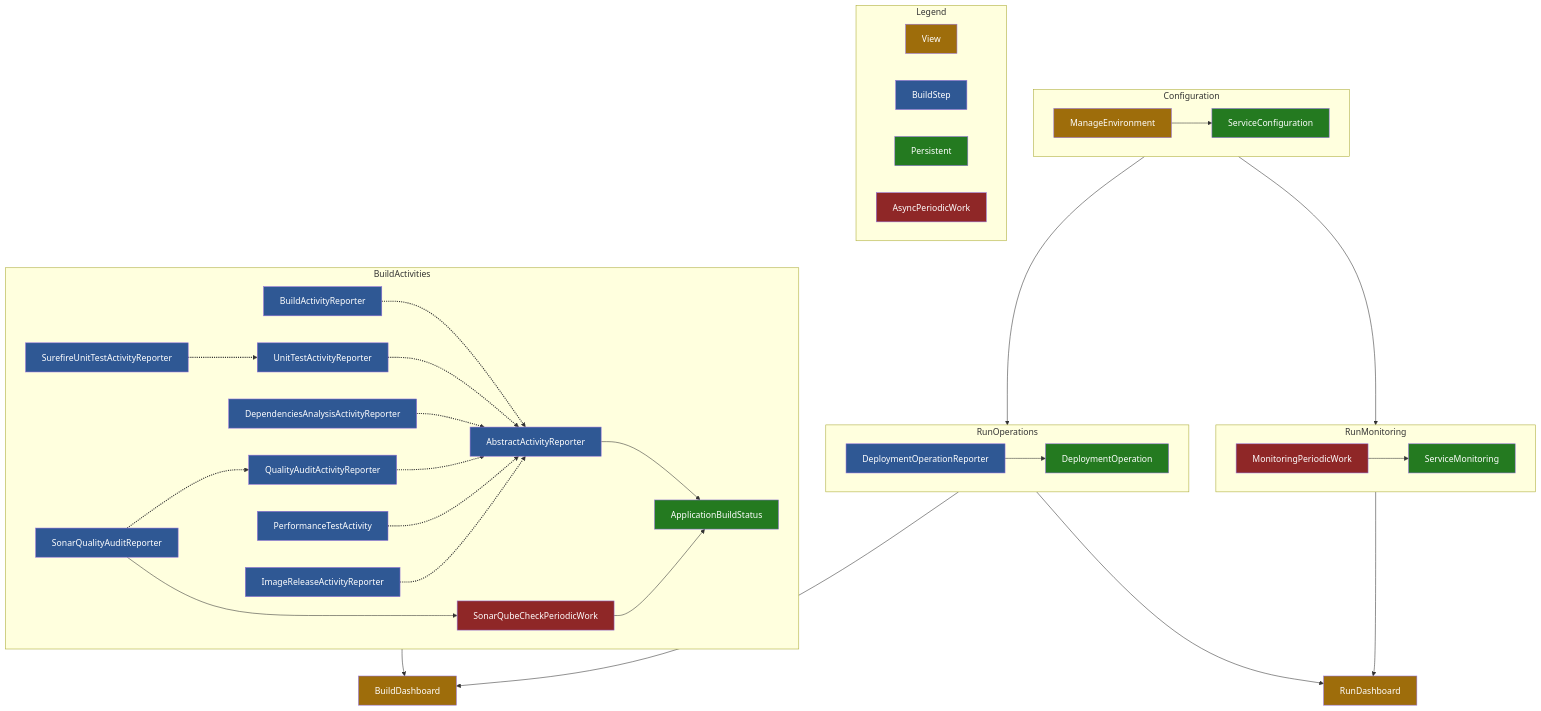
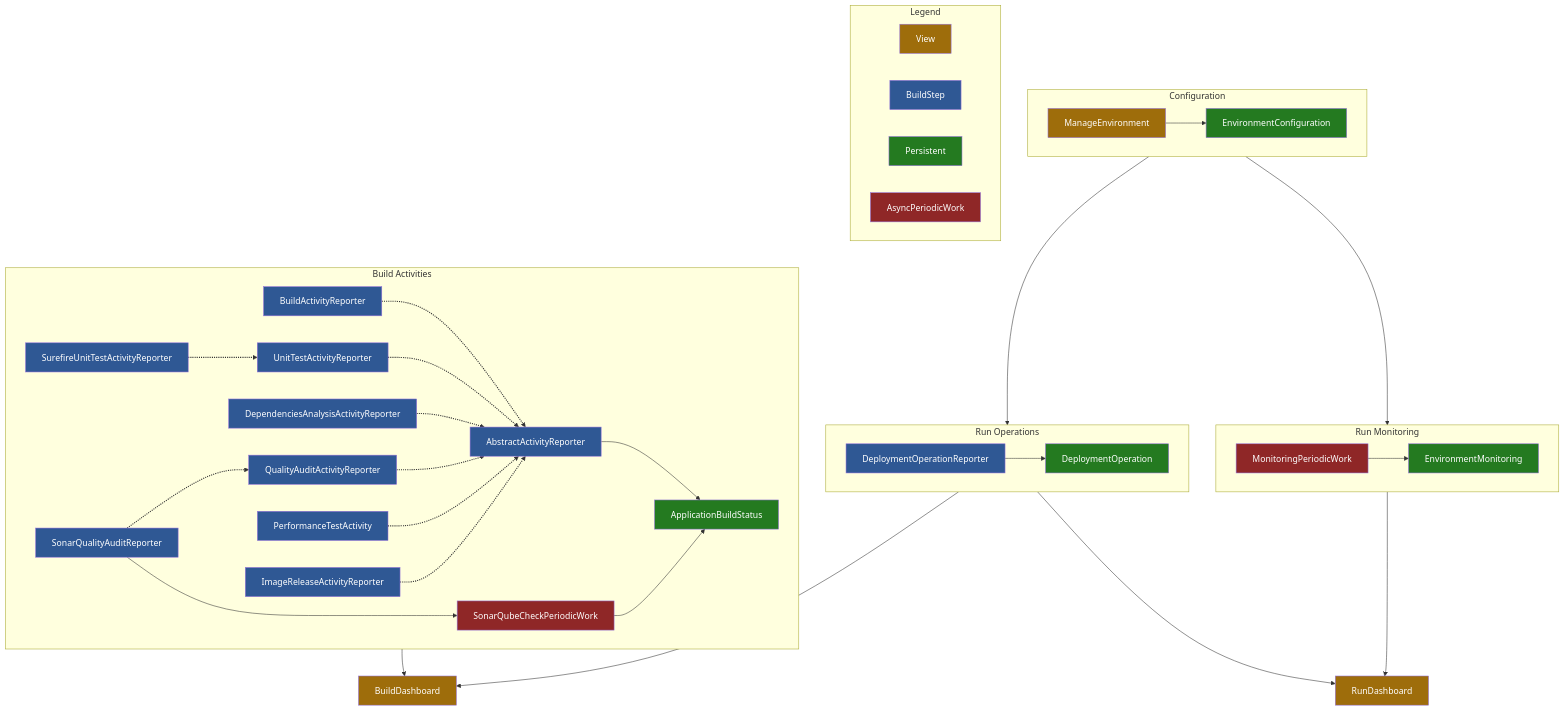
One commit to jenkinsci/devops-portal-plugin changed the diagram in README.md. Above: the diagram before and after it, drawn with Mermaid. The commit also changed other lines of this file and 2 other files, not shown here.

````diff
--- a/README.md
+++ b/README.md
@@ -378,49 +378,49 @@
 ```mermaid
 flowchart TD
 
     subgraph Configuration
-    ManageEnvironment:::view --> ServiceConfiguration:::entity
+    ManageEnvironment:::view --> EnvironmentConfiguration:::entity
     end
     
     subgraph Legend
     View:::view
     BuildStep:::reporter
     Persistent:::entity
     AsyncPeriodicWork:::worker
     end
     
-    subgraph RunOperations
+    subgraph RunOperations[Run Operations]
     DeploymentOperationReporter:::reporter --> DeploymentOperation:::entity
     end
     
-    subgraph RunMonitoring
-    MonitoringPeriodicWork:::worker --> ServiceMonitoring:::entity
+    subgraph RunMonitoring[Run Monitoring]
+    MonitoringPeriodicWork:::worker --> EnvironmentMonitoring:::entity
     end
     
-    subgraph BuildActivities
+    subgraph BuildActivities[Build Activities]
     BuildActivityReporter:::reporter -.-> AbstractActivityReporter:::reporter
     UnitTestActivityReporter:::reporter -.-> AbstractActivityReporter:::reporter
     SurefireUnitTestActivityReporter:::reporter -.-> UnitTestActivityReporter:::reporter
     DependenciesAnalysisActivityReporter:::reporter -.-> AbstractActivityReporter:::reporter
     QualityAuditActivityReporter:::reporter -.-> AbstractActivityReporter:::reporter
     SonarQualityAuditReporter:::reporter -.-> QualityAuditActivityReporter:::reporter
     PerformanceTestActivity:::reporter -.-> AbstractActivityReporter:::reporter
     ImageReleaseActivityReporter:::reporter -.-> AbstractActivityReporter:::reporter
     AbstractActivityReporter:::reporter --> ApplicationBuildStatus:::entity
     SonarQualityAuditReporter:::reporter --> SonarQubeCheckPeriodicWork:::worker
     SonarQubeCheckPeriodicWork:::worker --> ApplicationBuildStatus:::entity
     end
     
     Configuration --> RunOperations
     Configuration --> RunMonitoring
     RunOperations --> RunDashboard:::view
     RunMonitoring --> RunDashboard:::view
     BuildActivities --> BuildDashboard:::view
     RunOperations --> BuildDashboard:::view
     
     classDef view fill:#9e6d0b,color:#fff
     classDef reporter fill:#2f5894,color:#fff
     classDef entity fill:#247a20,color:#fff
     classDef worker fill:#8f2727,color:#fff
     linkStyle 3,4,5,6,7,8,9,10 stroke-width:2px,fill:none
 ```
````
